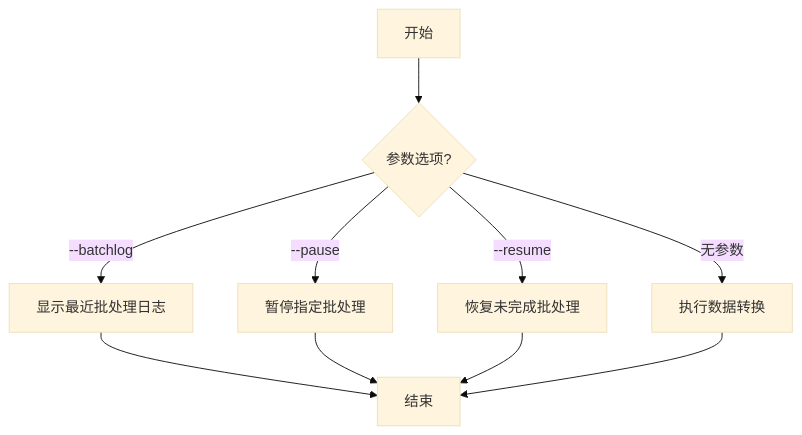
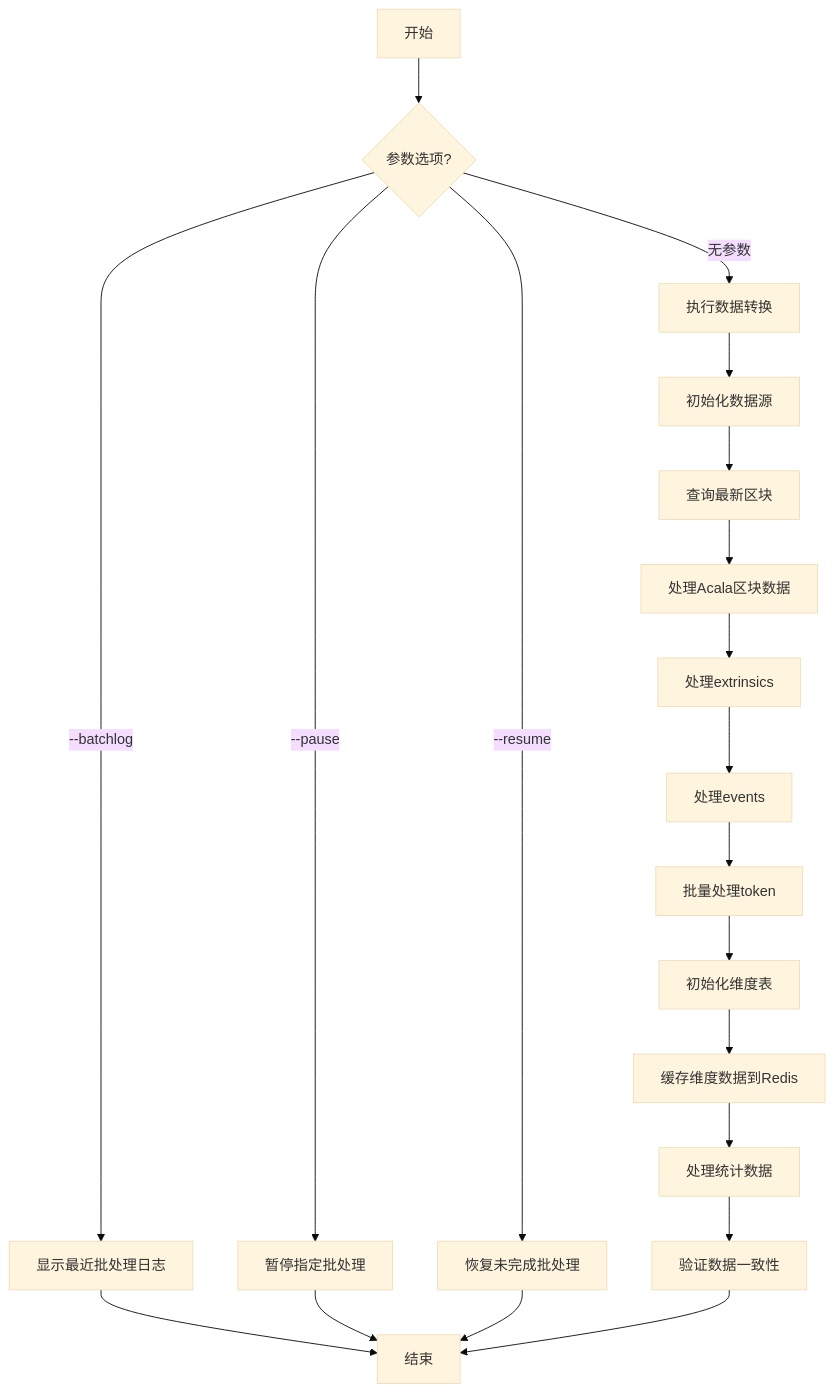
One commit to Query-Web3/queryweb3-extractor changed the diagram in doc/cn/transform_command.md. Above: the diagram before and after it, drawn with Mermaid (base theme). The commit also changed other lines of this file and 1 other file, not shown here.

Commit message:
doc: transform command flow chart

````diff
--- a/doc/cn/transform_command.md
+++ b/doc/cn/transform_command.md
@@ -10,12 +10,22 @@
 ```mermaid
 graph TD
     A[开始] --> B{参数选项?}
     B -->|--batchlog| C[显示最近批处理日志]
     B -->|--pause| D[暂停指定批处理]
     B -->|--resume| E[恢复未完成批处理]
     B -->|无参数| F[执行数据转换]
     C --> G[结束]
     D --> G
     E --> G
-    F --> G
+    F --> H[初始化数据源]
+    H --> I[查询最新区块]
+    I --> J[处理Acala区块数据]
+    J --> K[处理extrinsics]
+    K --> L[处理events]
+    L --> M[批量处理token]
+    M --> N[初始化维度表]
+    N --> O[缓存维度数据到Redis]
+    O --> P[处理统计数据]
+    P --> Q[验证数据一致性]
+    Q --> G
 ```
````
